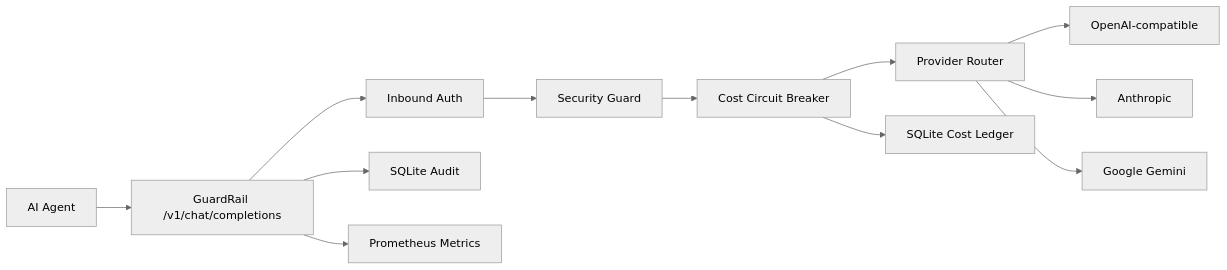
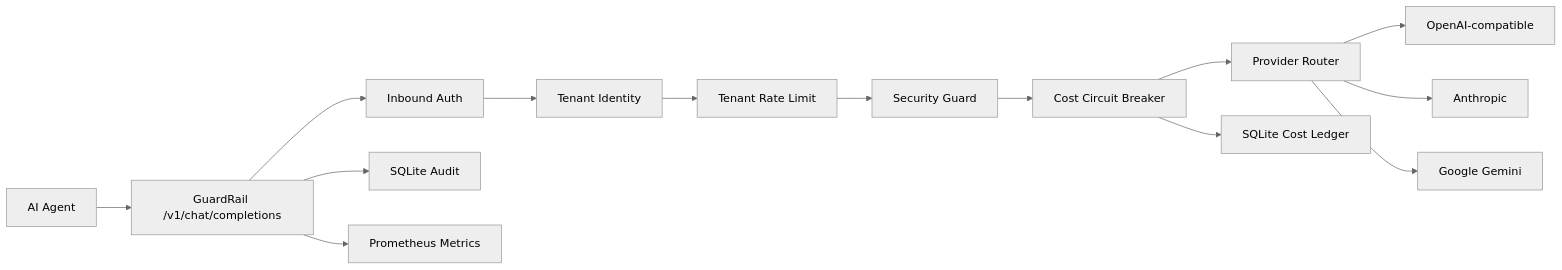
The diagram in docs/architecture.md (wjbbeyond/guardrail), drawn with Mermaid (neutral theme) before and after one commit. The commit also changed other lines of this file and 44 other files, not shown here.

````diff
--- a/docs/architecture.md
+++ b/docs/architecture.md
@@ -5,14 +5,16 @@
 ```mermaid
 flowchart LR
   A["AI Agent"] --> B["GuardRail /v1/chat/completions"]
   B --> C["Inbound Auth"]
-  C --> D["Security Guard"]
+  C --> M["Tenant Identity"]
+  M --> N["Tenant Rate Limit"]
+  N --> D["Security Guard"]
   D --> E["Cost Circuit Breaker"]
   E --> F["Provider Router"]
   E --> K["SQLite Cost Ledger"]
   F --> G["OpenAI-compatible"]
   F --> H["Anthropic"]
   F --> I["Google Gemini"]
   B --> J["SQLite Audit"]
   B --> L["Prometheus Metrics"]
 ```
````
